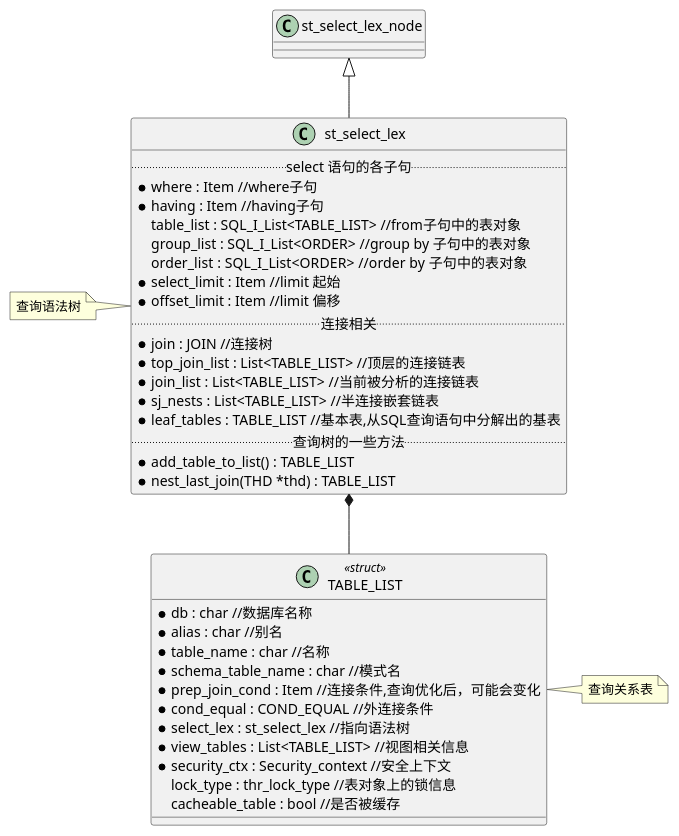
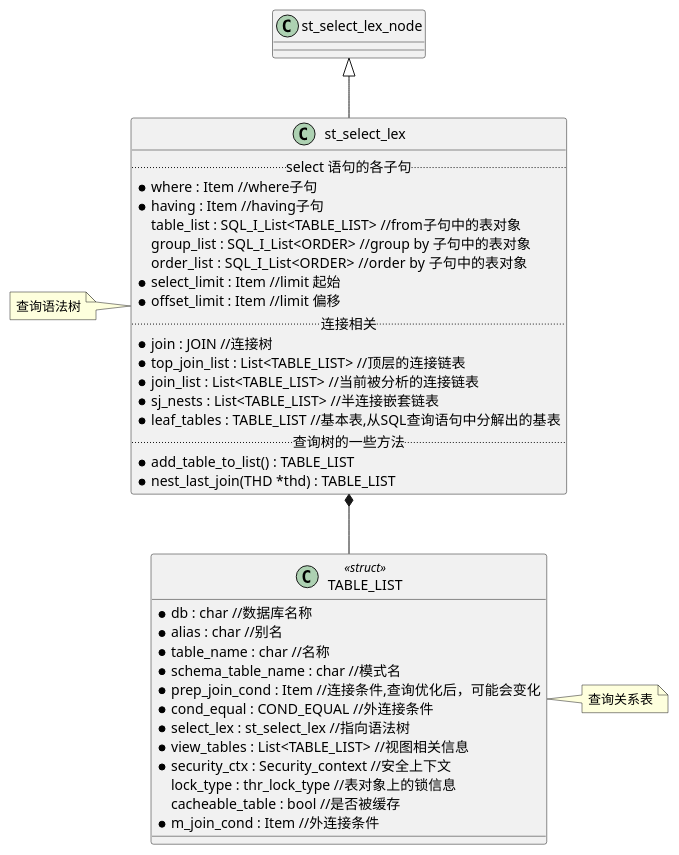
Before and after one commit to wult/org_doc: the first of 9 diagrams in it/mysql/queryOptimizer/mysql_base_class.org, drawn with PlantUML. The commit also changed other lines of this file and 1 other file, not shown here.

```diff
--- a/it/mysql/queryOptimizer/mysql_base_class.org
+++ b/it/mysql/queryOptimizer/mysql_base_class.org
@@ -3,42 +3,43 @@
 #+BEGIN_SRC plantuml :file images/st_select_lex.png :cmdline -charset utf-8
 class st_select_lex{
     .. select 语句的各子句 ..
     {field} *where : Item //where子句
     {field} *having : Item //having子句
     {field} table_list : SQL_I_List<TABLE_LIST> //from子句中的表对象
     {field} group_list : SQL_I_List<ORDER> //group by 子句中的表对象
     {field} order_list : SQL_I_List<ORDER> //order by  子句中的表对象
     {field} *select_limit : Item //limit 起始
     {field} *offset_limit : Item //limit 偏移
     .. 连接相关 ..
     {field} *join : JOIN //连接树
     {field} *top_join_list : List<TABLE_LIST> //顶层的连接链表
     {field} *join_list : List<TABLE_LIST> //当前被分析的连接链表
     {field} *sj_nests : List<TABLE_LIST> //半连接嵌套链表
     {field} *leaf_tables : TABLE_LIST //基本表,从SQL查询语句中分解出的基表
     .. 查询树的一些方法 ..
     {method} *add_table_to_list() : TABLE_LIST
     {method} *nest_last_join(THD *thd) : TABLE_LIST
 }
 note left: 查询语法树
 
 class TABLE_LIST <<struct>>{
     {field} *db : char //数据库名称
     {field} *alias : char //别名
     {field} *table_name : char //名称
     {field} *schema_table_name : char //模式名
     {field} *prep_join_cond : Item //连接条件,查询优化后，可能会变化
     {field} *cond_equal : COND_EQUAL //外连接条件
     {field} *select_lex : st_select_lex //指向语法树
     {field} *view_tables : List<TABLE_LIST> //视图相关信息
     {field} *security_ctx : Security_context //安全上下文
     {field} lock_type : thr_lock_type //表对象上的锁信息
     {field} cacheable_table : bool //是否被缓存
+    {field} *m_join_cond : Item //外连接条件
 
 }
 
 note right : 查询关系表
 
 st_select_lex *-- TABLE_LIST
 st_select_lex_node <|--st_select_lex
 #+END_SRC
```
